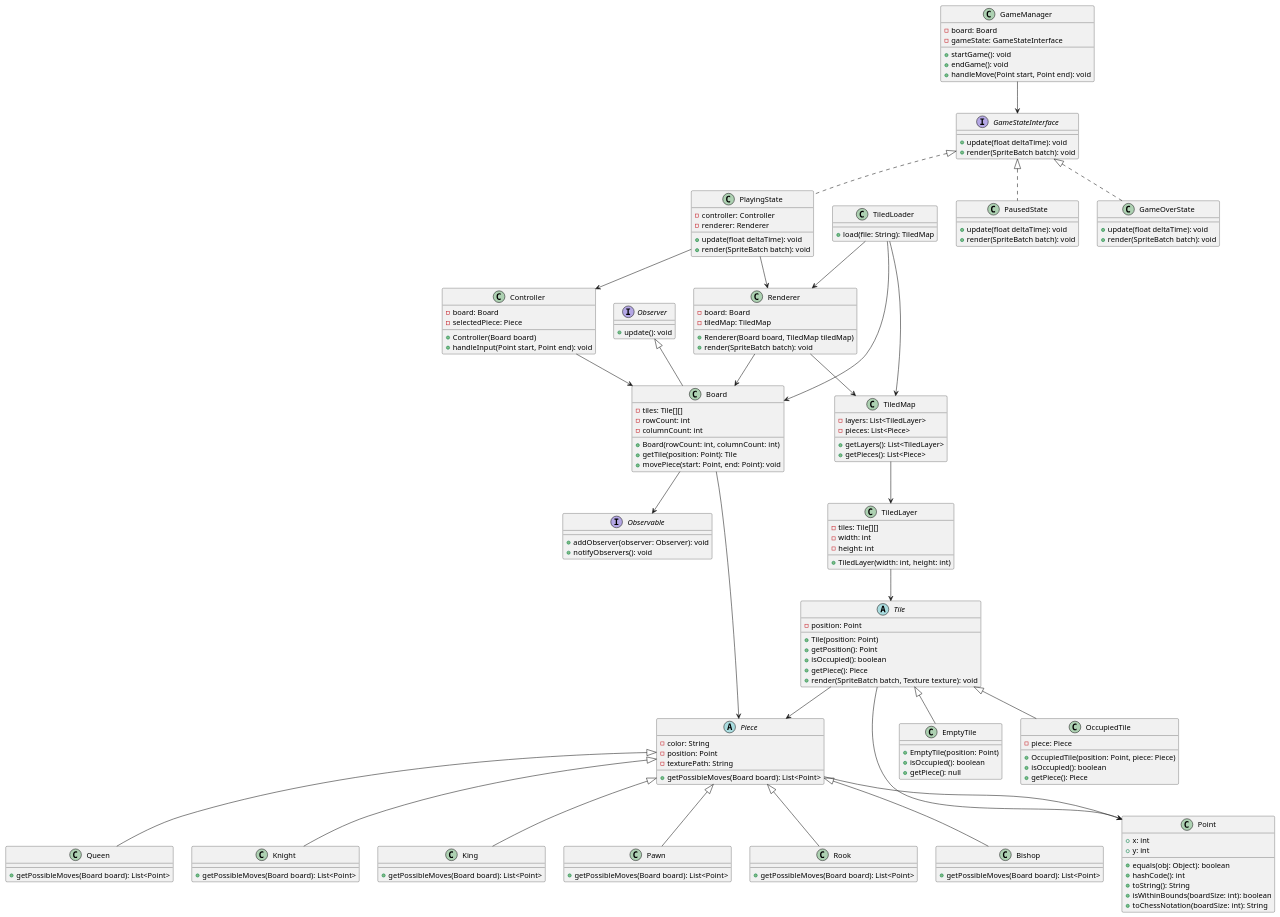
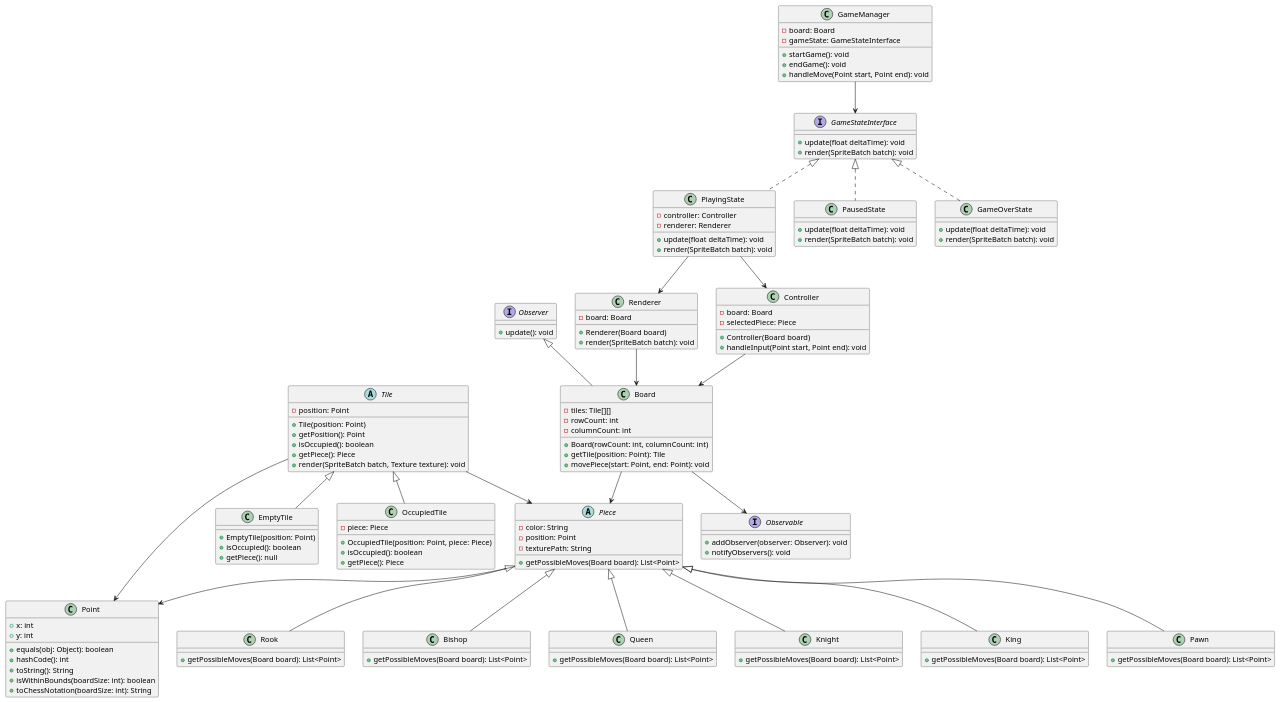
The diagram in UML/SoloChess.puml (TerminalGambit/PCOO-projetfinal), drawn with PlantUML before and after one commit. The commit also changed other lines of this file and 1 other file, not shown here.

Commit message:
updated uml and feature rendering

```diff
--- a/UML/SoloChess.puml
+++ b/UML/SoloChess.puml
@@ -2,166 +1,141 @@
 @startuml
 
 ' Interfaces for Observer Pattern
 interface Observable {
     +addObserver(observer: Observer): void
     +notifyObservers(): void
 }
 
 interface Observer {
     +update(): void
 }
 
 ' Core domain classes
 class Point {
     +x: int
     +y: int
     +equals(obj: Object): boolean
     +hashCode(): int
     +toString(): String
     +isWithinBounds(boardSize: int): boolean
     +toChessNotation(boardSize: int): String
 }
 
 abstract class Tile {
     -position: Point
     +Tile(position: Point)
     +getPosition(): Point
     +isOccupied(): boolean
     +getPiece(): Piece
     +render(SpriteBatch batch, Texture texture): void
 }
 
 class EmptyTile extends Tile {
     +EmptyTile(position: Point)
     +isOccupied(): boolean
     +getPiece(): null
 }
 
 class OccupiedTile extends Tile {
     -piece: Piece
     +OccupiedTile(position: Point, piece: Piece)
     +isOccupied(): boolean
     +getPiece(): Piece
 }
 
 abstract class Piece {
     -color: String
     -position: Point
     -texturePath: String
     +getPossibleMoves(Board board): List<Point>
 }
 
 class Rook extends Piece {
     +getPossibleMoves(Board board): List<Point>
 }
 
 class Bishop extends Piece {
     +getPossibleMoves(Board board): List<Point>
 }
 
 class Queen extends Piece {
     +getPossibleMoves(Board board): List<Point>
 }
 
 class Knight extends Piece {
     +getPossibleMoves(Board board): List<Point>
 }
 
 class King extends Piece {
     +getPossibleMoves(Board board): List<Point>
 }
 
 class Pawn extends Piece {
     +getPossibleMoves(Board board): List<Point>
 }
 
 class Board {
     -tiles: Tile[][]
     -rowCount: int
     -columnCount: int
     +Board(rowCount: int, columnCount: int)
     +getTile(position: Point): Tile
     +movePiece(start: Point, end: Point): void
 }
 
 class Renderer {
     -board: Board
-    -tiledMap: TiledMap
-    +Renderer(Board board, TiledMap tiledMap)
+    +Renderer(Board board)
     +render(SpriteBatch batch): void
 }
 
 class Controller {
     -board: Board
     -selectedPiece: Piece
     +Controller(Board board)
     +handleInput(Point start, Point end): void
-}
-
-class TiledLoader {
-    +load(file: String): TiledMap
-}
-
-class TiledMap {
-    -layers: List<TiledLayer>
-    -pieces: List<Piece>
-    +getLayers(): List<TiledLayer>
-    +getPieces(): List<Piece>
-}
-
-class TiledLayer {
-    -tiles: Tile[][]
-    -width: int
-    -height: int
-    +TiledLayer(width: int, height: int)
 }
 
 class GameManager {
     -board: Board
     -gameState: GameStateInterface
     +startGame(): void
     +endGame(): void
     +handleMove(Point start, Point end): void
 }
 
 interface GameStateInterface {
     +update(float deltaTime): void
     +render(SpriteBatch batch): void
 }
 
 class PlayingState implements GameStateInterface {
     -controller: Controller
     -renderer: Renderer
     +update(float deltaTime): void
     +render(SpriteBatch batch): void
 }
 
 class PausedState implements GameStateInterface {
     +update(float deltaTime): void
     +render(SpriteBatch batch): void
 }
 
 class GameOverState implements GameStateInterface {
     +update(float deltaTime): void
     +render(SpriteBatch batch): void
 }
 
 GameManager --> GameStateInterface
 PlayingState --> Renderer
 PlayingState --> Controller
 Renderer --> Board
-Renderer --> TiledMap
 Controller --> Board
 Piece --> Point
 Tile --> Point
-TiledMap --> TiledLayer
-TiledLayer --> Tile
-TiledLoader --> TiledMap
-TiledLoader --> Renderer
-TiledLoader --> Board
 Board --> Piece
 Tile --> Piece
 Board --> Observable
 Observer <|-- Board
 
 @enduml
```
